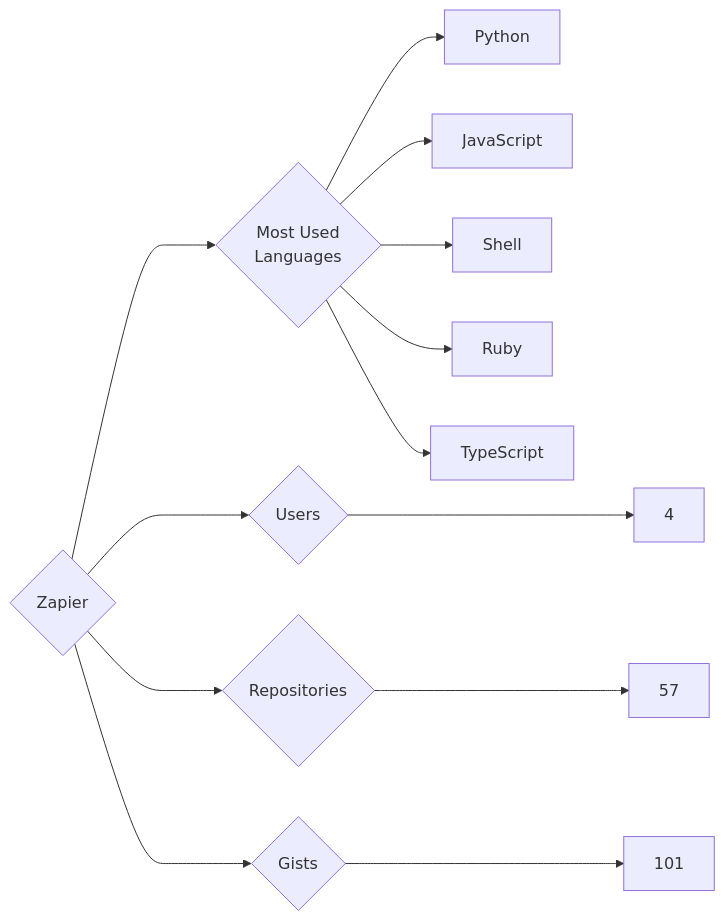
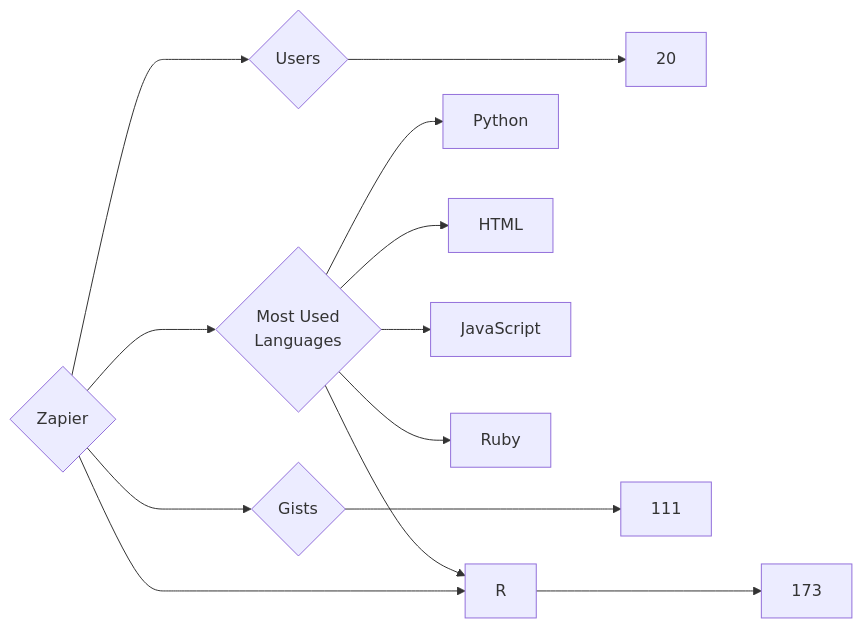
One commit to trickest/insiders changed the diagram in targets/Zapier/README.md. Above: the diagram before and after it, drawn with Mermaid. The commit also changed 799 other files, not shown here.

````diff
--- a/targets/Zapier/README.md
+++ b/targets/Zapier/README.md
@@ -3,13 +3,13 @@
 ```mermaid
 graph LR
 COMPANY_NAME{Zapier}
-COMPANY_NAME ---> U{Users} ---> UN[4]
-COMPANY_NAME ---> R{Repositories} ---> RN[57]
-COMPANY_NAME ---> G{Gists} ---> GN[101]
+COMPANY_NAME ---> U{Users} ---> UN[20]
+COMPANY_NAME ---> R{Repositories} ---> RN[173]
+COMPANY_NAME ---> G{Gists} ---> GN[111]
 COMPANY_NAME ---> ML{Most Used<br>Languages}
 ML --> Python[Python]
+ML --> HTML[HTML]
 ML --> JavaScript[JavaScript]
-ML --> Shell[Shell]
+ML --> R[R]
 ML --> Ruby[Ruby]
-ML --> TypeScript[TypeScript]
 ```
````
